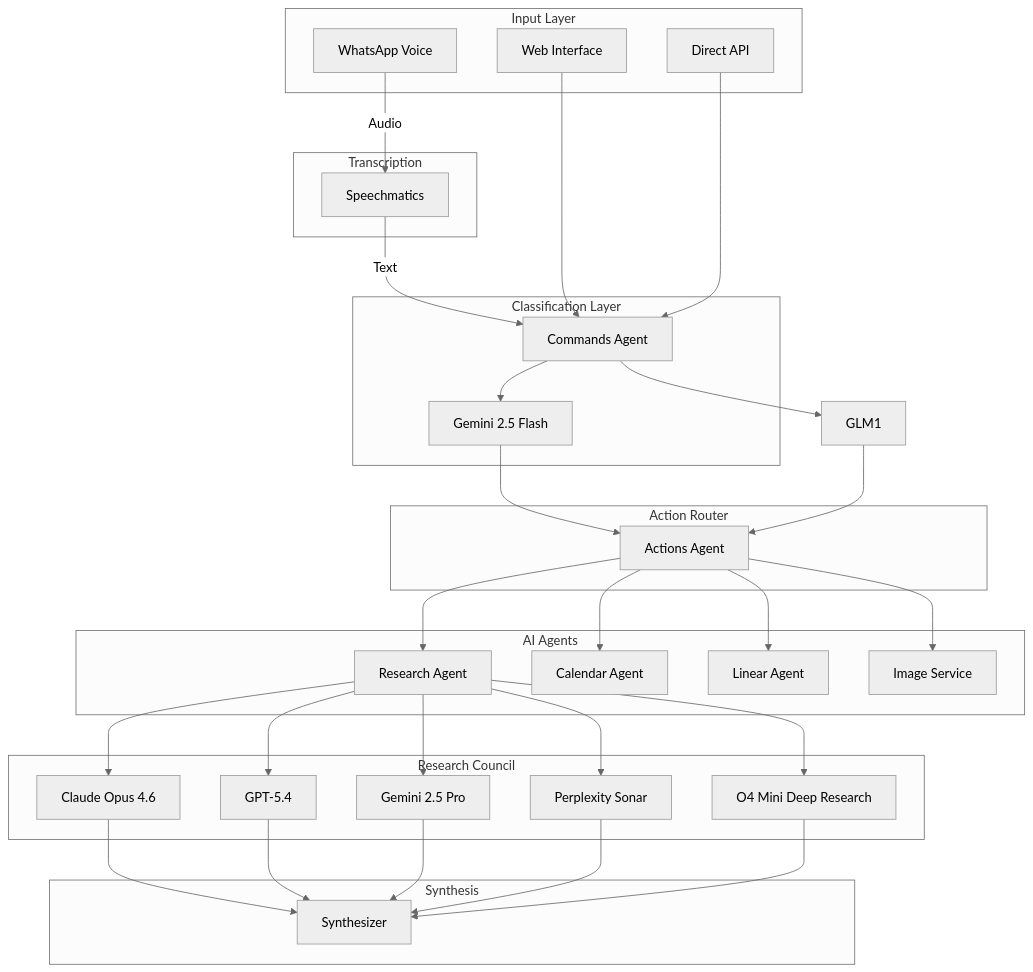
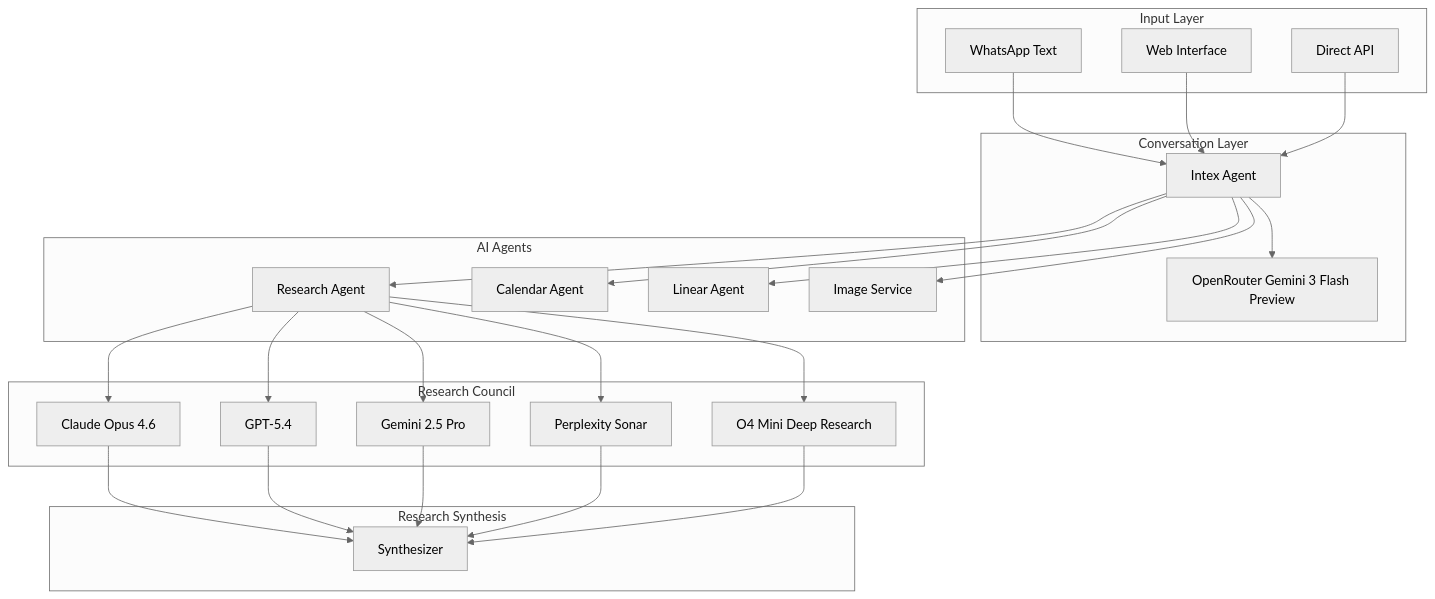
Before and after one commit to pbuchman/intexuraos: the third of 4 diagrams in docs/architecture/ai-architecture.md, drawn with Mermaid (neutral theme). The commit also changed other lines of this file and 607 other files, not shown here.

````diff
--- a/docs/architecture/ai-architecture.md
+++ b/docs/architecture/ai-architecture.md
@@ -230,67 +230,55 @@
 ```mermaid
 graph TB
     subgraph "Input Layer"
-        WA[WhatsApp Voice]
+        WA[WhatsApp Text]
         WEB[Web Interface]
         API[Direct API]
     end
 
-    subgraph "Transcription"
-        SM[Speechmatics]
-    end
-
-    subgraph "Classification Layer"
-        CMD[Commands Agent]
-        GEM1[Gemini 2.5 Flash]
-    end
-
-    subgraph "Action Router"
-        AA[Actions Agent]
+    subgraph "Conversation Layer"
+        INTEX[Intex Agent]
+        OR3[OpenRouter Gemini 3 Flash Preview]
     end
 
     subgraph "AI Agents"
         RA[Research Agent]
         CA[Calendar Agent]
         LA[Linear Agent]
         IS[Image Service]
     end
 
     subgraph "Research Council"
         CLAUDE[Claude Opus 4.6]
         GPT[GPT-5.4]
         GEM2[Gemini 2.5 Pro]
         SONAR[Perplexity Sonar]
         O4[O4 Mini Deep Research]
     end
 
-    subgraph "Synthesis"
+    subgraph "Research Synthesis"
         SYN[Synthesizer]
     end
 
-    WA -->|Audio| SM
-    SM -->|Text| CMD
-    WEB --> CMD
-    API --> CMD
+    WA --> INTEX
+    WEB --> INTEX
+    API --> INTEX
 
-    CMD --> GEM1
-    CMD --> GLM1
-    GEM1 --> AA
-    GLM1 --> AA
+    INTEX --> OR3
 
-    AA --> RA
-    AA --> CA
-    AA --> LA
-    AA --> IS
+    INTEX --> RA
+    INTEX --> CA
+    INTEX --> LA
+    INTEX --> IS
 
     RA --> CLAUDE
     RA --> GPT
     RA --> GEM2
     RA --> SONAR
     RA --> O4
 
     CLAUDE --> SYN
     GPT --> SYN
     GEM2 --> SYN
     SONAR --> SYN
     O4 --> SYN
 ```
````
